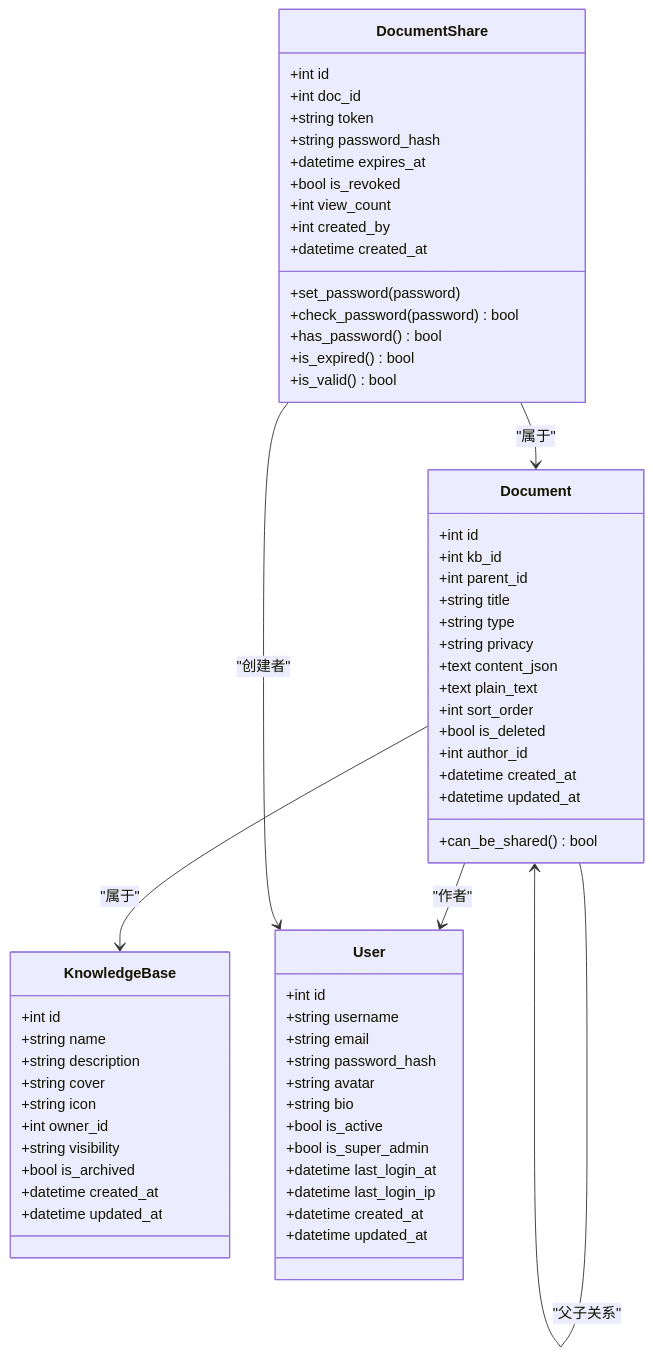
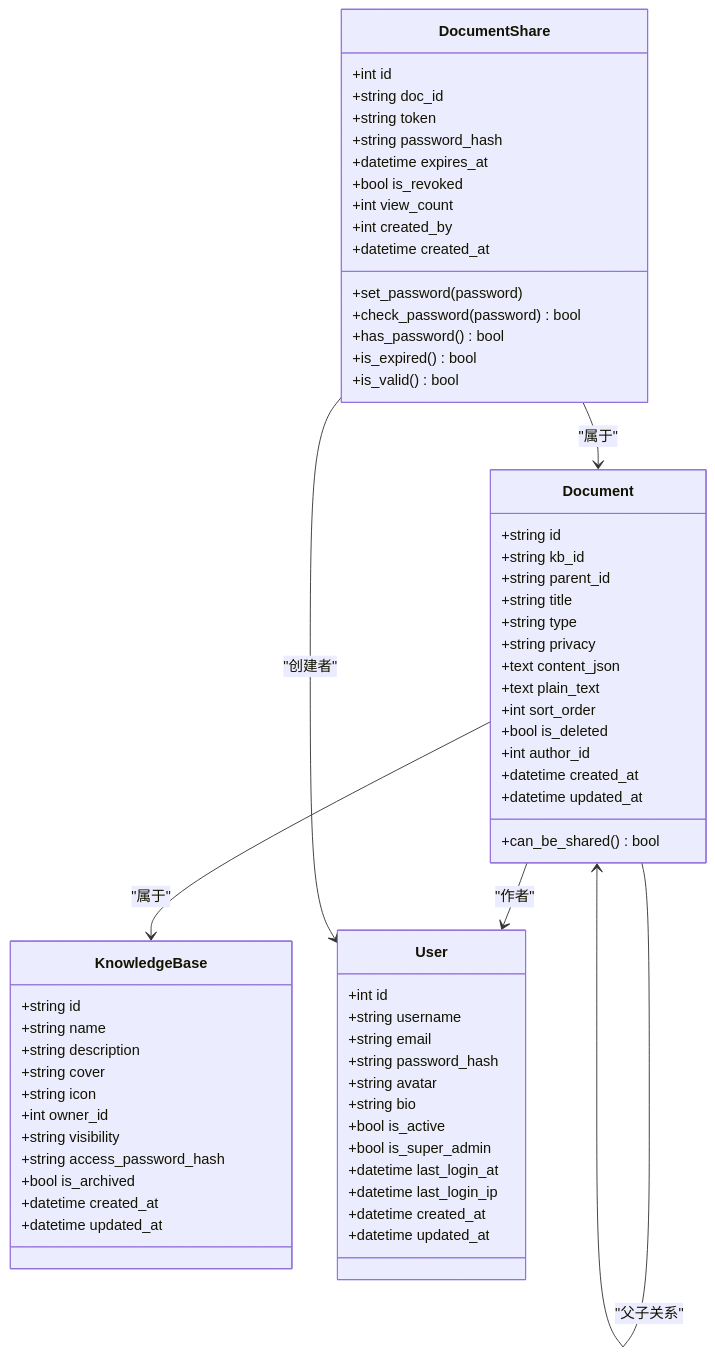
One commit to beyondalbert/my_wiki changed the seventh of 7 diagrams in .qoder/repowiki/zh/content/数据模型设计/文档模型.md. Above: the diagram before and after it, drawn with Mermaid. The commit also changed other lines of this file and 21 other files, not shown here.

````diff
--- a/.qoder/repowiki/zh/content/数据模型设计/文档模型.md
+++ b/.qoder/repowiki/zh/content/数据模型设计/文档模型.md
@@ -419,66 +462,67 @@
 ```mermaid
 classDiagram
 class Document {
-+int id
-+int kb_id
-+int parent_id
++string id
++string kb_id
++string parent_id
 +string title
 +string type
 +string privacy
 +text content_json
 +text plain_text
 +int sort_order
 +bool is_deleted
 +int author_id
 +datetime created_at
 +datetime updated_at
 +can_be_shared() bool
 }
 class DocumentShare {
 +int id
-+int doc_id
++string doc_id
 +string token
 +string password_hash
 +datetime expires_at
 +bool is_revoked
 +int view_count
 +int created_by
 +datetime created_at
 +set_password(password)
 +check_password(password) bool
 +has_password() bool
 +is_expired() bool
 +is_valid() bool
 }
 class KnowledgeBase {
-+int id
++string id
 +string name
 +string description
 +string cover
 +string icon
 +int owner_id
 +string visibility
++string access_password_hash
 +bool is_archived
 +datetime created_at
 +datetime updated_at
 }
 class User {
 +int id
 +string username
 +string email
 +string password_hash
 +string avatar
 +string bio
 +bool is_active
 +bool is_super_admin
 +datetime last_login_at
 +datetime last_login_ip
 +datetime created_at
 +datetime updated_at
 }
 Document --> KnowledgeBase : "属于"
 Document --> User : "作者"
 Document --> Document : "父子关系"
 DocumentShare --> Document : "属于"
 DocumentShare --> User : "创建者"
 ```
````
